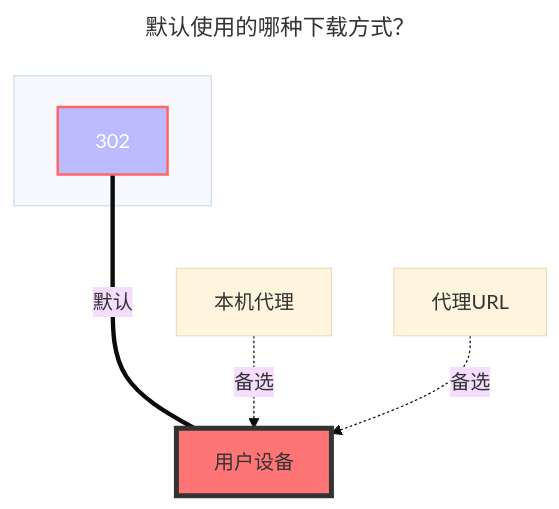
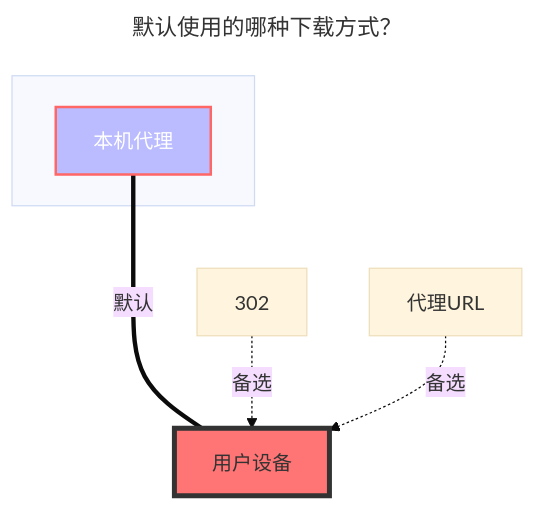
The second of 2 diagrams in pages/guide/drivers/123_open.md (hotlcc/OpenList-Docs), drawn with Mermaid (base theme) before and after one commit. The commit also changed other lines of this file and 2 other files, not shown here.

Commit message:
docs(webdav): add webdav 302 redirect feature (#286)

````diff
--- a/pages/guide/drivers/123_open.md
+++ b/pages/guide/drivers/123_open.md
@@ -258,18 +258,18 @@
 ```mermaid
 ---
 title: 默认使用的哪种下载方式？
 ---
 flowchart TB
     style a1 fill:#bbf,stroke:#f66,stroke-width:2px,color:#fff
     style a2 fill:#ff7575,stroke:#333,stroke-width:4px
     subgraph ide1 [ ]
     a1
     end
-    a1[302]:::someclass====|默认|a2[用户设备]
+    a1[本机代理]:::someclass====|默认|a2[用户设备]
     classDef someclass fill:#f96
-    c1[本机代理]-.备选.->a2[用户设备]
+    c1[302]-.备选.->a2[用户设备]
     b1[代理URL]-.备选.->a2[用户设备]
     click a1 "../drivers/common.html#webdav-策略"
     click b1 "../drivers/common.html#webdav-策略"
     click c1 "../drivers/common.html#webdav-策略"
 ```
````
